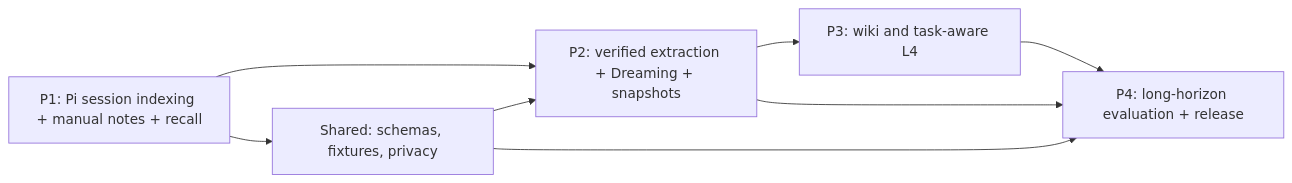
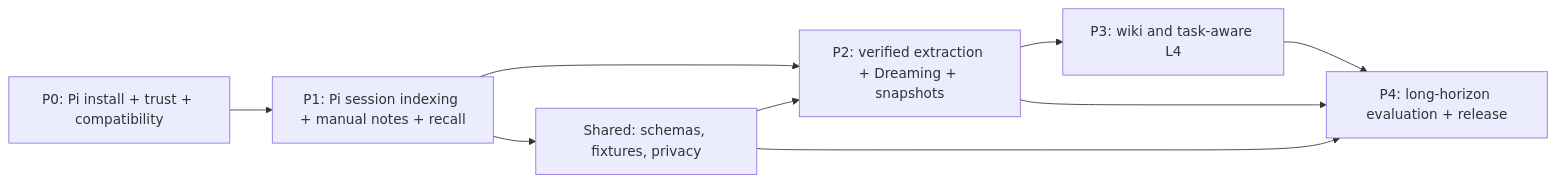
The diagram in docs/05-roadmap.md (1998x-stack/pi-memory), drawn with Mermaid before and after one commit. The commit also changed other lines of this file and 30 other files, not shown here.

Commit message:
audit: verify Pi host install lifecycle, add P0 probe and compatibility gates

````diff
--- a/docs/05-roadmap.md
+++ b/docs/05-roadmap.md
@@ -7,10 +7,11 @@
 ```mermaid
 flowchart LR
-  A["P1: Pi session indexing + manual notes + recall"] --> B["P2: verified extraction + Dreaming + snapshots"]
+  Z["P0: Pi install + trust + compatibility"] --> A["P1: Pi session indexing + manual notes + recall"]
+  A --> B["P2: verified extraction + Dreaming + snapshots"]
   B --> C["P3: wiki and task-aware L4"]
   C --> D["P4: long-horizon evaluation + release"]
   A --> E["Shared: schemas, fixtures, privacy"]
   E --> B
   E --> D
   B --> D
 ```
````
